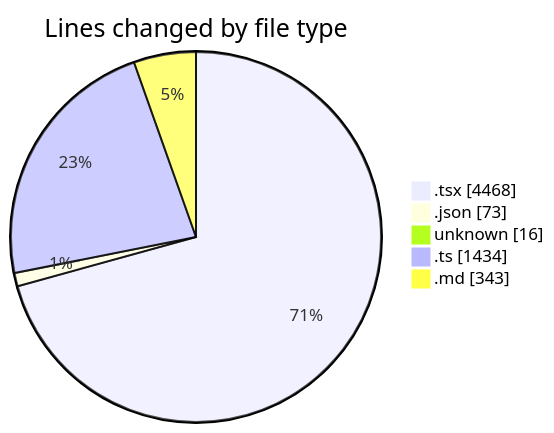
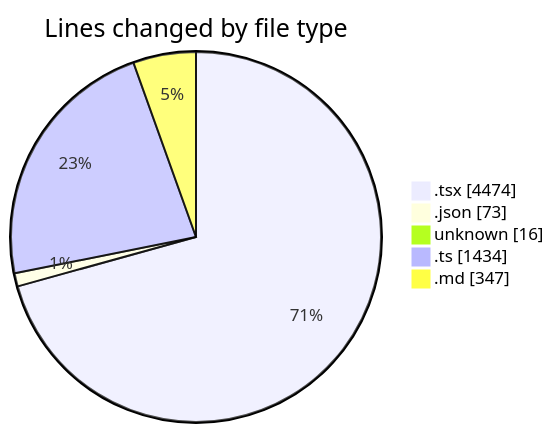
The first of 2 diagrams in 2025-01-03/tinycms/README.md (ernivani/code-tracking), drawn with Mermaid before and after one commit. The commit also changed other lines of this file and 2 other files, not shown here.

````diff
--- a/2025-01-03/tinycms/README.md
+++ b/2025-01-03/tinycms/README.md
@@ -46,9 +46,9 @@
 ```mermaid
 pie showData
 title Lines changed by file type
-".tsx" : 4468
+".tsx" : 4474
 ".json" : 73
 "unknown" : 16
 ".ts" : 1434
-".md" : 343
+".md" : 347
 ```
````
